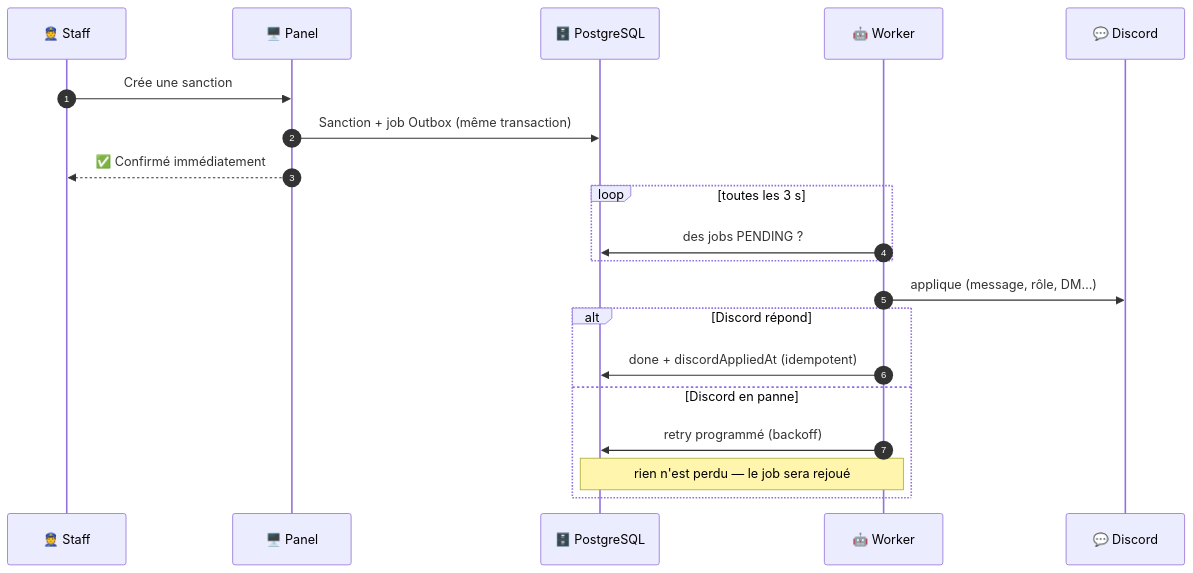
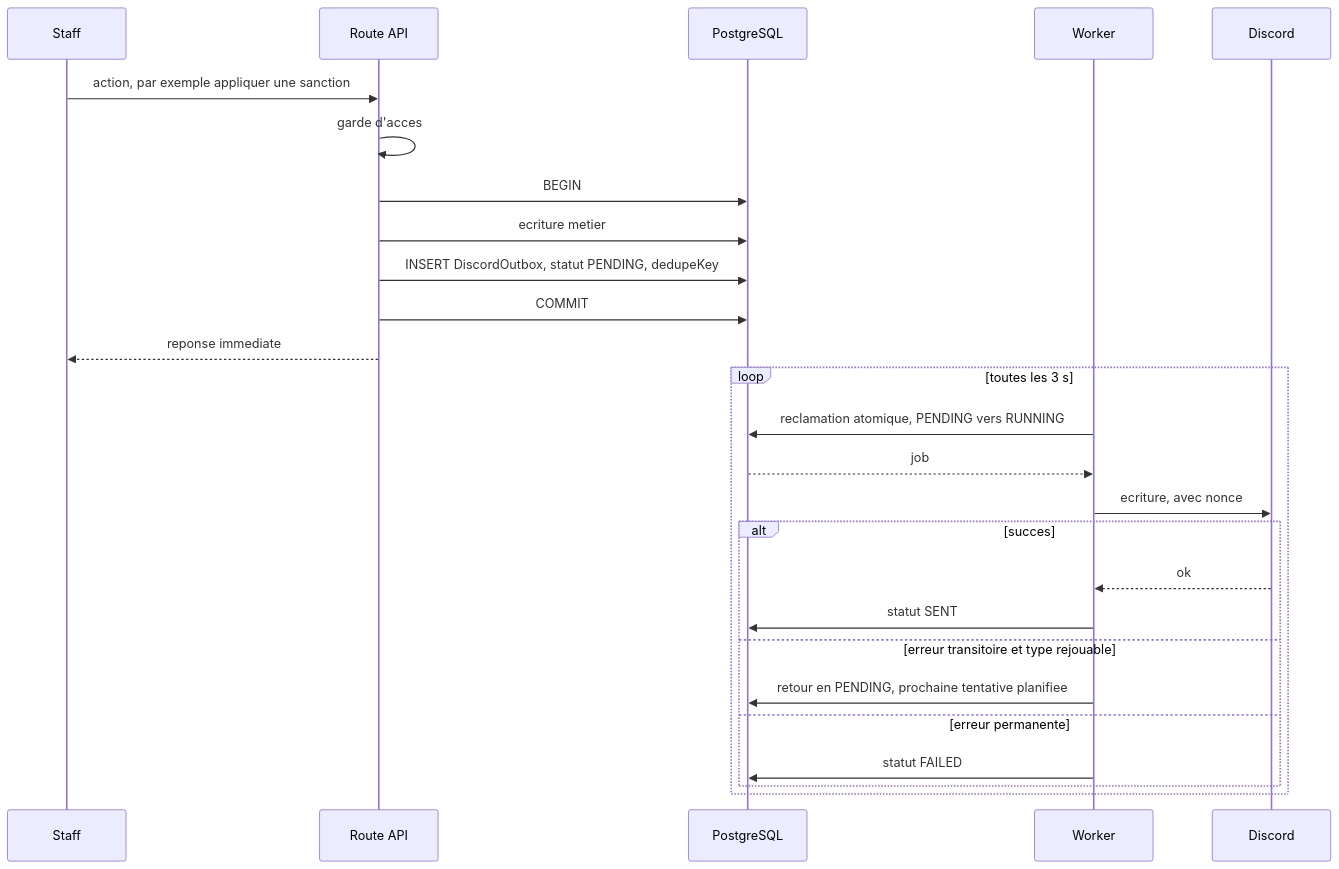
The fifth of 12 diagrams in README.md (syko-003-maker/panel-esperados-), drawn with Mermaid before and after one commit. The commit also changed other lines of this file and 161 other files, not shown here.

````diff
--- a/README.md
+++ b/README.md
@@ -108,23 +361,30 @@
 ```mermaid
 sequenceDiagram
-    autonumber
-    participant S as 👮 Staff
-    participant P as 🖥️ Panel
-    participant DB as 🗄️ PostgreSQL
-    participant W as 🤖 Worker
-    participant D as 💬 Discord
+    participant S as Staff
+    participant API as Route API
+    participant DB as PostgreSQL
+    participant W as Worker
+    participant D as Discord
 
-    S->>P: Crée une sanction
-    P->>DB: Sanction + job Outbox (même transaction)
-    P-->>S: ✅ Confirmé immédiatement
+    S->>API: action, par exemple appliquer une sanction
+    API->>API: garde d'acces
+    API->>DB: BEGIN
+    API->>DB: ecriture metier
+    API->>DB: INSERT DiscordOutbox, statut PENDING, dedupeKey
+    API->>DB: COMMIT
+    API-->>S: reponse immediate
+
     loop toutes les 3 s
-        W->>DB: des jobs PENDING ?
-    end
-    W->>D: applique (message, rôle, DM…)
-    alt Discord répond
-        W->>DB: done + discordAppliedAt (idempotent)
-    else Discord en panne
-        W->>DB: retry programmé (backoff)
-        Note over W,DB: rien n'est perdu — le job sera rejoué
+        W->>DB: reclamation atomique, PENDING vers RUNNING
+        DB-->>W: job
+        W->>D: ecriture, avec nonce
+        alt succes
+            D-->>W: ok
+            W->>DB: statut SENT
+        else erreur transitoire et type rejouable
+            W->>DB: retour en PENDING, prochaine tentative planifiee
+        else erreur permanente
+            W->>DB: statut FAILED
+        end
     end
 ```
````
